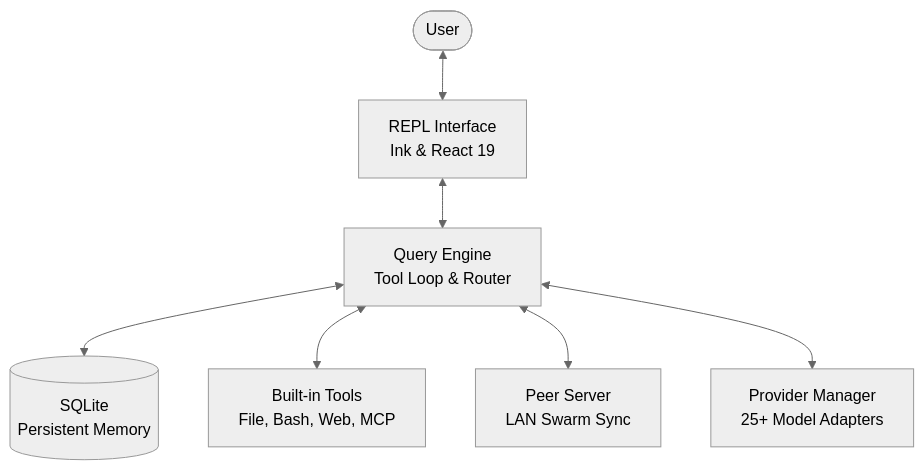
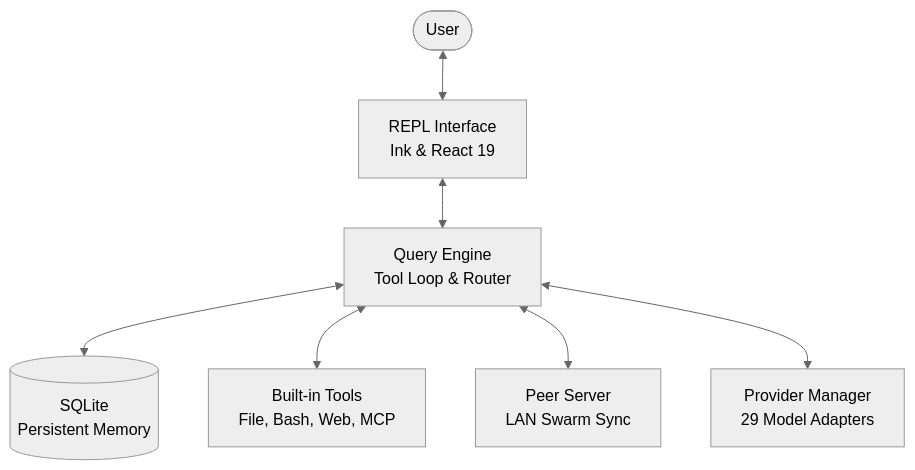
Before and after one commit to ClewCode/ClewCode: the diagram in README.md, drawn with Mermaid (neutral theme). The commit also changed other lines of this file, not shown here.

Commit message:
docs: update README provider count, ProcessPeer→ProcessDelegate, remove fictional model IDs

````diff
--- a/README.md
+++ b/README.md
@@ -71,9 +71,9 @@
 ```mermaid
 graph TD
     User([User]) <--> REPL[REPL Interface\nInk & React 19]
     REPL <--> QE[Query Engine\nTool Loop & Router]
     QE <--> SQLite[(SQLite\nPersistent Memory)]
     QE <--> Tools[Built-in Tools\nFile, Bash, Web, MCP]
     QE <--> Peers[Peer Server\nLAN Swarm Sync]
-    QE <--> Provider[Provider Manager\n25+ Model Adapters]
+    QE <--> Provider[Provider Manager\n29 Model Adapters]
 ```
````
